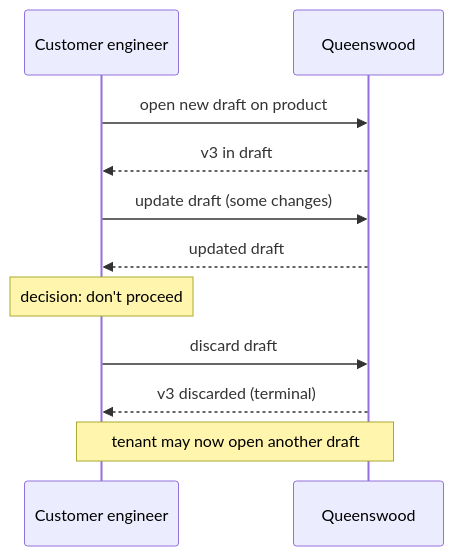
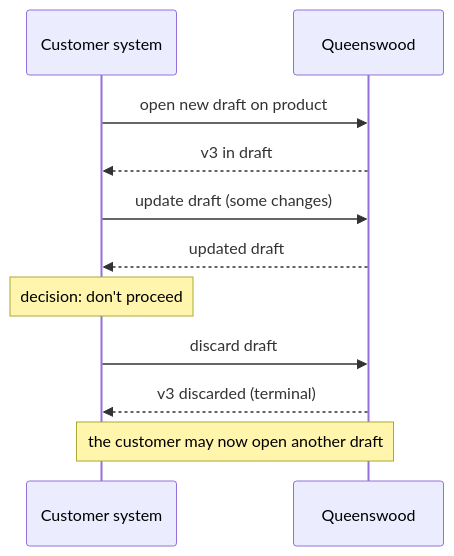
Before and after one commit to repldriven/queenswood: the third of 4 diagrams in docs/prd/cash-account-products.md, drawn with Mermaid. The commit also changed other lines of this file and 32 other files, not shown here.

````diff
--- a/docs/prd/cash-account-products.md
+++ b/docs/prd/cash-account-products.md
@@ -252,14 +252,14 @@
 ```mermaid
 sequenceDiagram
-    participant T as Customer engineer
+    participant T as Customer system
     participant Q as Queenswood
 
     T->>Q: open new draft on product
     Q-->>T: v3 in draft
     T->>Q: update draft (some changes)
     Q-->>T: updated draft
     Note over T: decision: don't proceed
     T->>Q: discard draft
     Q-->>T: v3 discarded (terminal)
-    Note over T,Q: tenant may now open another draft
+    Note over T,Q: the customer may now open another draft
 ```
````
